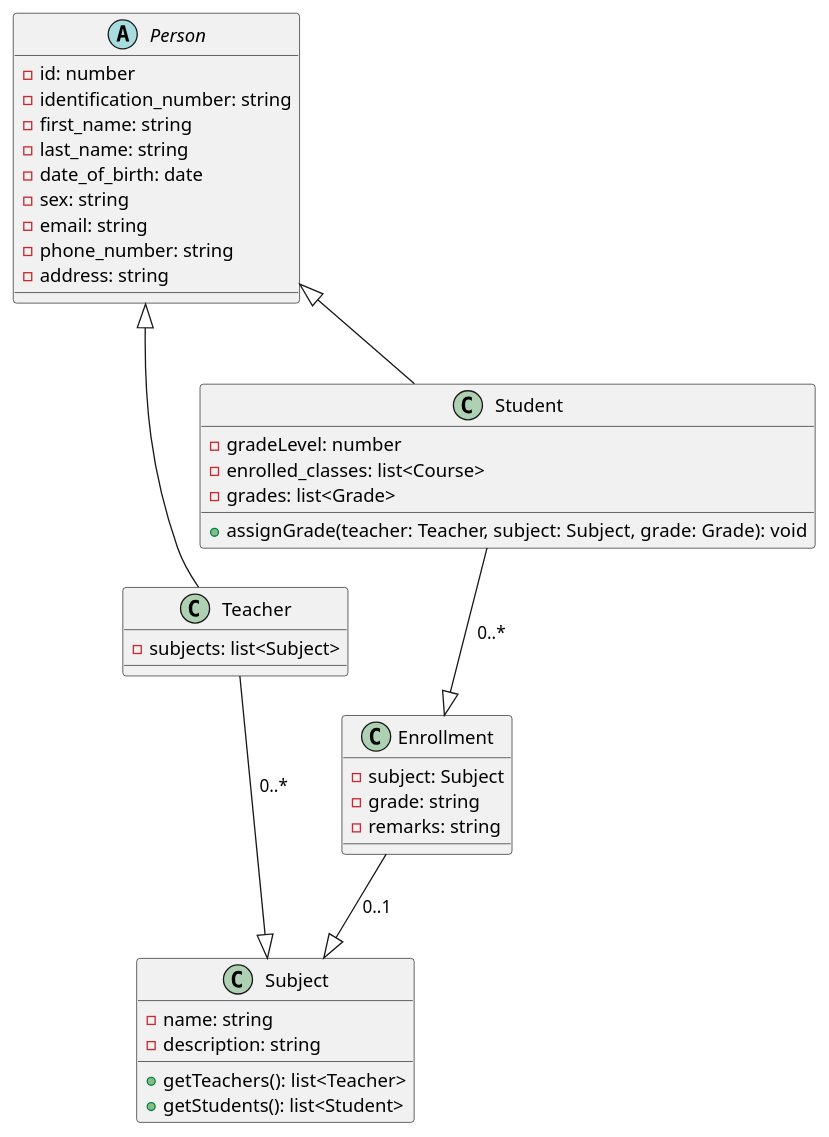
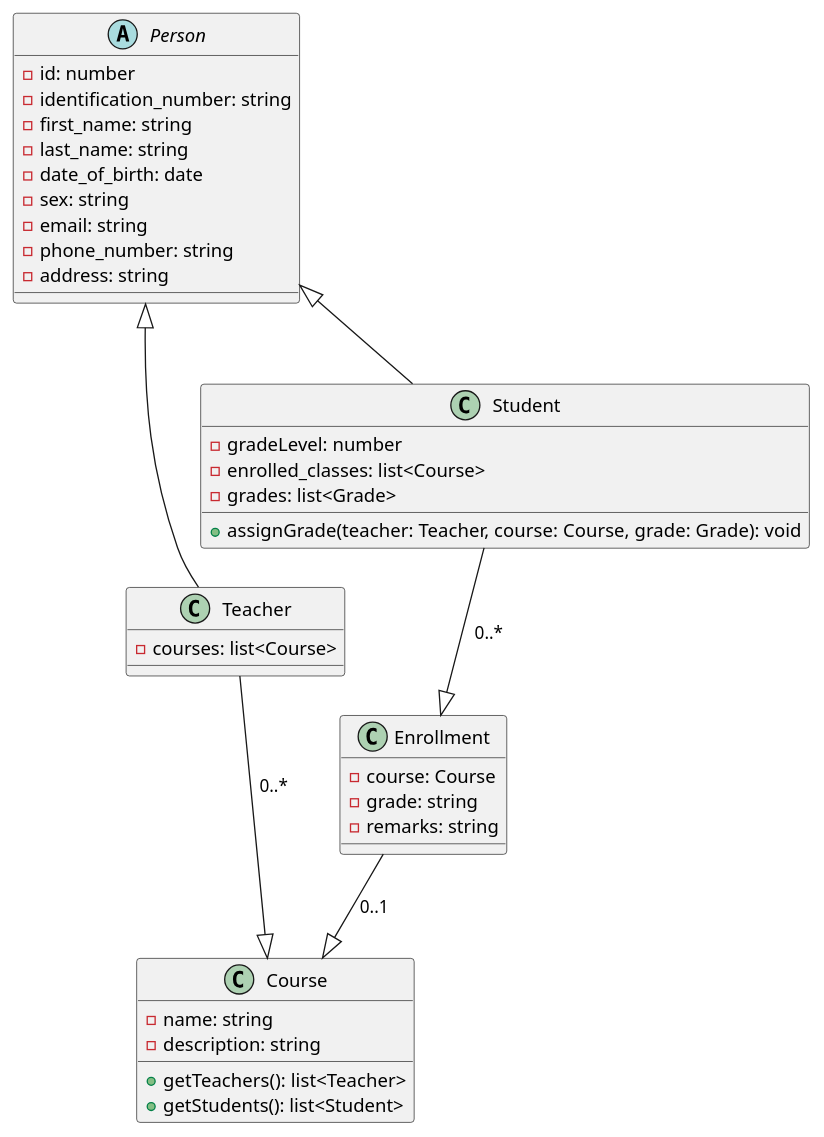
The diagram in doc/erm-diagram.puml (Zekiloni/school-management-api-laravel), drawn with PlantUML before and after one commit. The commit also changed 6 other files, not shown here.

```diff
--- a/doc/erm-diagram.puml
+++ b/doc/erm-diagram.puml
@@ -1,47 +1,47 @@
 @startuml "school management erm diagram"
 
 abstract class Person {
    -id: number
    -identification_number: string
    -first_name: string
    -last_name: string
    -date_of_birth: date
    -sex: string
    -email: string
    -phone_number: string
    -address: string
 }
 
 
 class Teacher {
-   -subjects: list<Subject>
+   -courses: list<Course>
 }
 
 class Student {
    -gradeLevel: number
    -enrolled_classes: list<Course>
    -grades: list<Grade>
-   +assignGrade(teacher: Teacher, subject: Subject, grade: Grade): void
+   +assignGrade(teacher: Teacher, course: Course, grade: Grade): void
 }
 
-class Subject {
+class Course {
    -name: string
    -description: string
    +getTeachers(): list<Teacher>
    +getStudents(): list<Student>
 }
 
 class Enrollment {
-   -subject: Subject
+   -course: Course
    -grade: string
    -remarks: string
 }
 
 Person <|-- Teacher
 Person <|-- Student
 
 Student --|> Enrollment : 0..*
-Enrollment --|> Subject : 0..1
-Teacher --|> Subject : 0..*
+Enrollment --|> Course : 0..1
+Teacher --|> Course : 0..*
 
 @enduml
```
